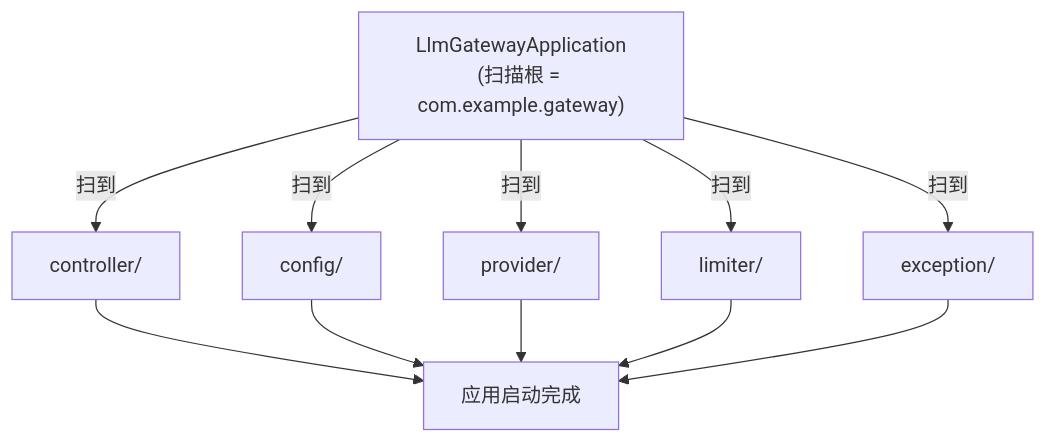
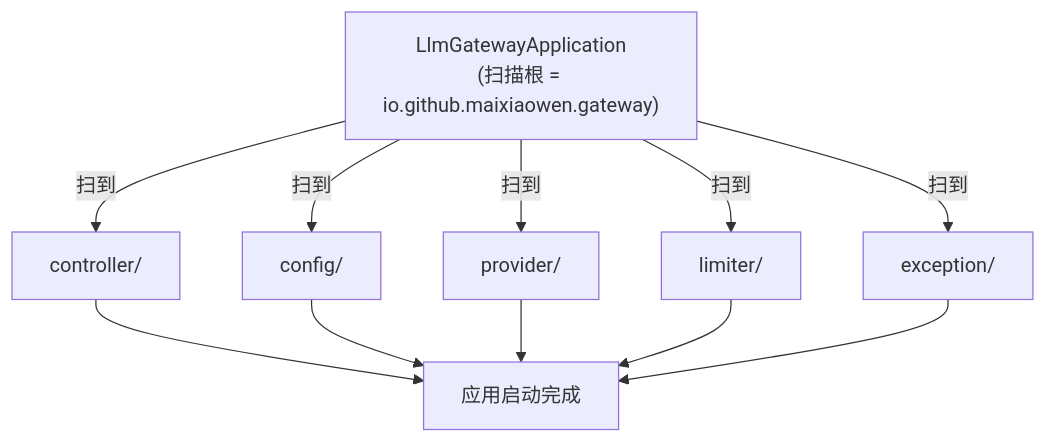
Before and after one commit to maixiaowen111/llm-gateway: the diagram in docs/01-modules/01-骨架与配置/类-LlmGatewayApplication.md, drawn with Mermaid. The commit also changed other lines of this file and 36 other files, not shown here.

````diff
--- a/docs/01-modules/01-骨架与配置/类-LlmGatewayApplication.md
+++ b/docs/01-modules/01-骨架与配置/类-LlmGatewayApplication.md
@@ -121,14 +121,14 @@
 ```mermaid
 graph TD
-    APP["LlmGatewayApplication<br/>(扫描根 = com.example.gateway)"]
+    APP["LlmGatewayApplication<br/>(扫描根 = io.github.maixiaowen.gateway)"]
     APP -->|扫到| C1["controller/"]
     APP -->|扫到| C2["config/"]
     APP -->|扫到| C3["provider/"]
     APP -->|扫到| C4["limiter/"]
     APP -->|扫到| C5["exception/"]
     C1 --> RUN["应用启动完成"]
     C2 --> RUN
     C3 --> RUN
     C4 --> RUN
     C5 --> RUN
 ```
````
